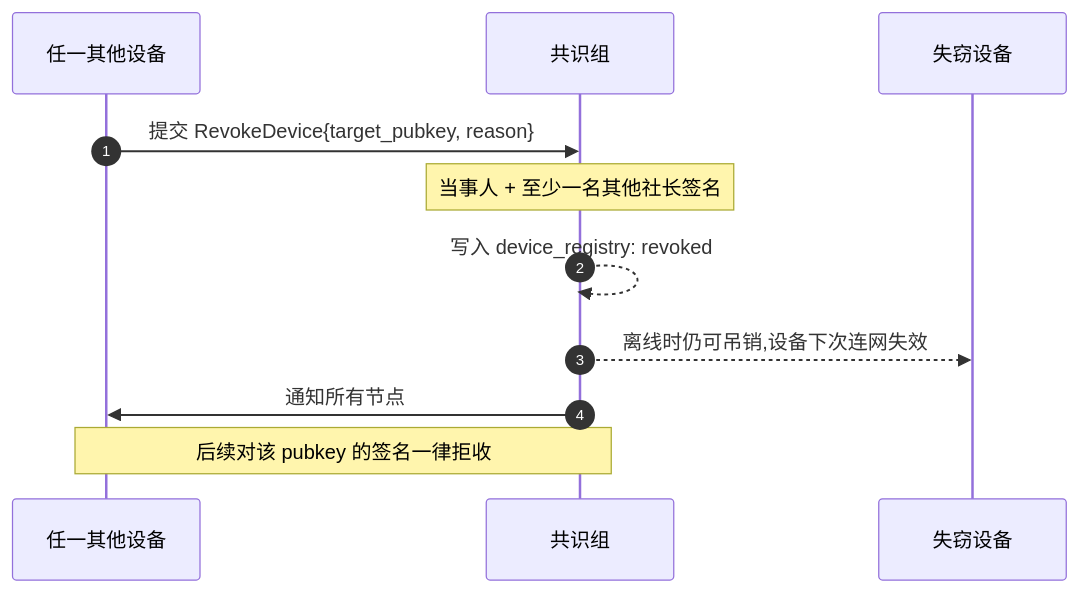
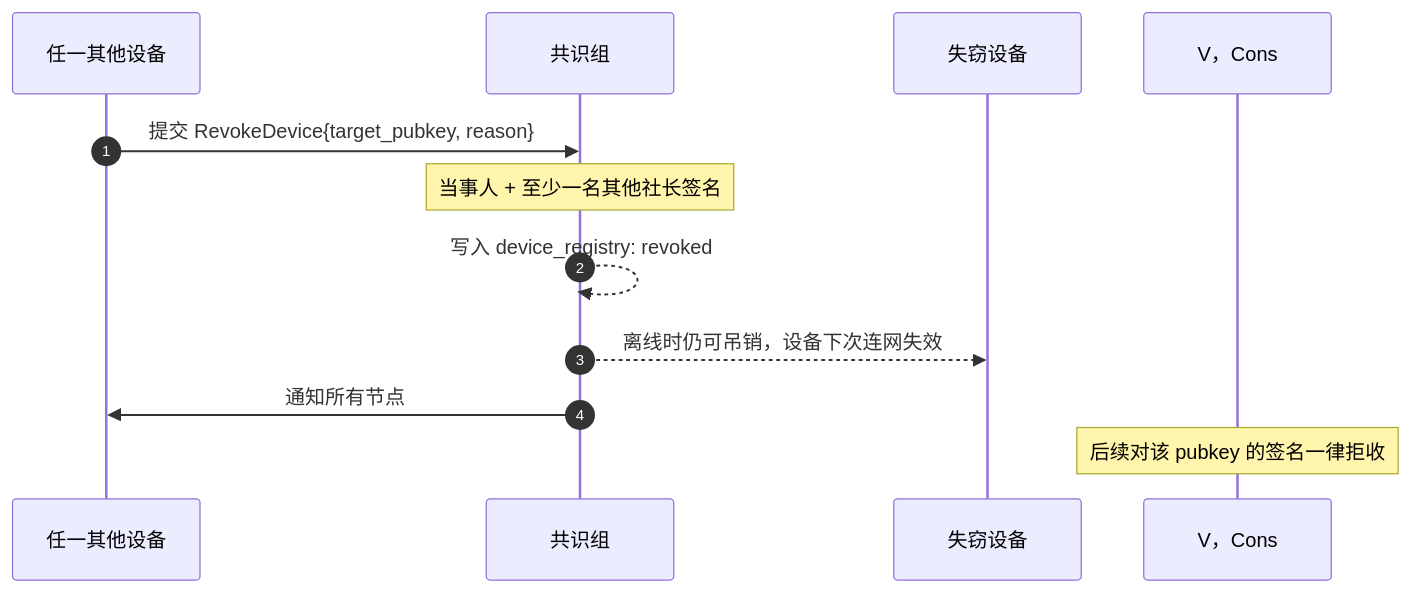
One commit to JLUCraft/docs changed the fourth of 5 diagrams in pages/components/manager/identity.md. Above: the diagram before and after it, drawn with Mermaid. The commit also changed other lines of this file and 23 other files, not shown here.

````diff
--- a/pages/components/manager/identity.md
+++ b/pages/components/manager/identity.md
@@ -101,14 +101,14 @@
 ```mermaid
 sequenceDiagram
     autonumber
     participant V as 任一其他设备
     participant Cons as 共识组
     participant Lost as 失窃设备
 
     V->>Cons: 提交 RevokeDevice{target_pubkey, reason}
     Note over Cons: 当事人 + 至少一名其他社长签名
     Cons-->>Cons: 写入 device_registry: revoked
-    Cons-->>Lost: 离线时仍可吊销,设备下次连网失效
+    Cons-->>Lost: 离线时仍可吊销，设备下次连网失效
     Cons->>V: 通知所有节点
-    Note over V,Cons: 后续对该 pubkey 的签名一律拒收
+    Note over V，Cons: 后续对该 pubkey 的签名一律拒收
 ```
````
